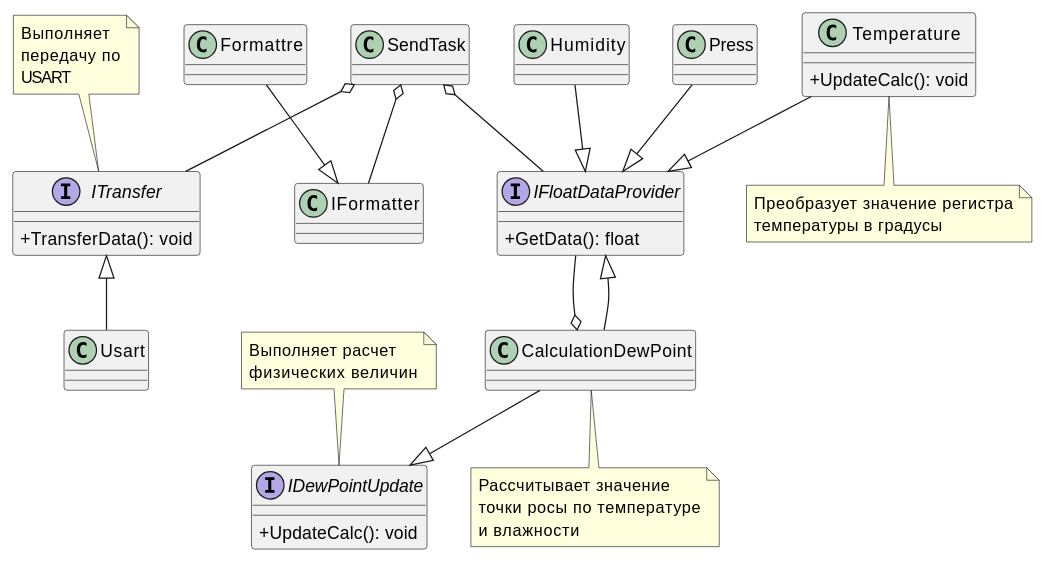
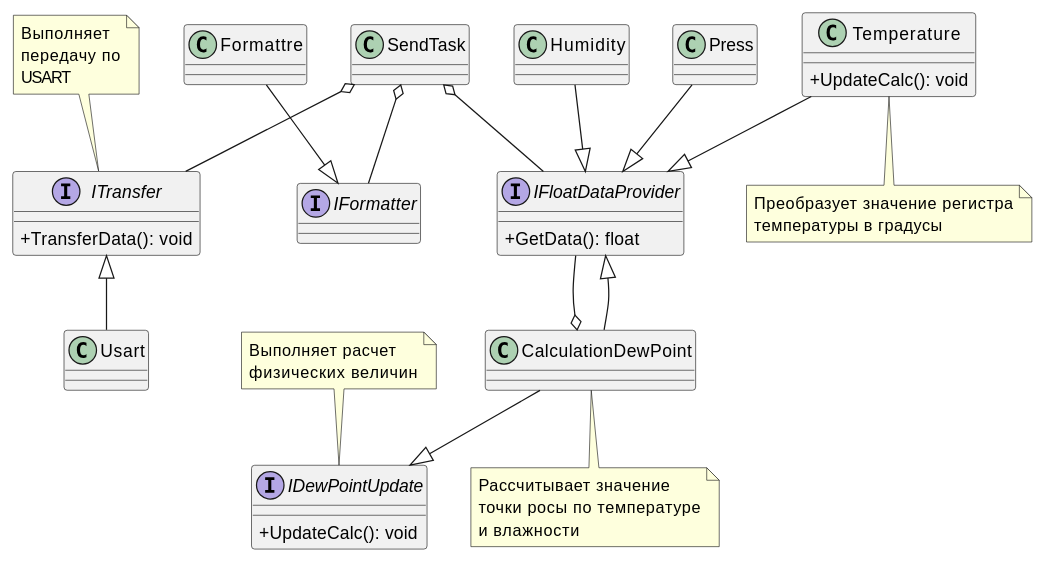
Before and after one commit to Alexandro103/Laba: the second of 5 diagrams in Diagrams.adoc, drawn with PlantUML. The commit also changed other lines of this file, not shown here.

```diff
--- a/Diagrams.adoc
+++ b/Diagrams.adoc
@@ -89,54 +97,57 @@
 [plantuml]
 ----
 @startuml
 skinparam classAttributeIconSize 0
 
 ' Интерфейсы и абстрактные компоненты
 interface IDewPointUpdate {
     +UpdateCalc(): void
 }
 interface IFloatDataProvider {
     +GetData(): float
 }
 interface ITransfer { 
   +TransferData(): void
+}
+interface IFormatter { 
+  
 }
 
 ' Классы
 class Temperature {
     +UpdateCalc(): void
     }
 class CalculationDewPoint
 class Humidity
 class Press
 class Usart
 
 ' Примечания
 note top of IDewPointUpdate : Выполняет расчет\nфизических величин
 note top of ITransfer : Выполняет\nпередачу по\nUSART
 note bottom of Temperature : Преобразует значение регистра\nтемпературы в градусы
 note bottom of CalculationDewPoint : Рассчитывает значение\nточки росы по температуре\nи влажности
 
 ' Стрелки 
 
 Temperature --|> IFloatDataProvider
 
 CalculationDewPoint --|> IDewPointUpdate
 CalculationDewPoint --|> IFloatDataProvider
 IFloatDataProvider --o CalculationDewPoint
 
 
 Humidity --|> IFloatDataProvider
 
 
 Press --|> IFloatDataProvider
 
 
 Formattre --|> IFormatter
 SendTask o-- IFloatDataProvider
 SendTask o-- IFormatter
 SendTask o-- ITransfer
 Usart -up-|> ITransfer
 
 @enduml
 ----
```
